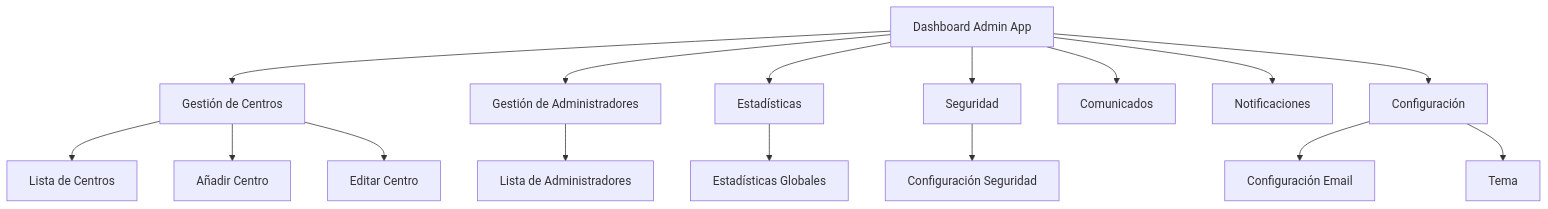
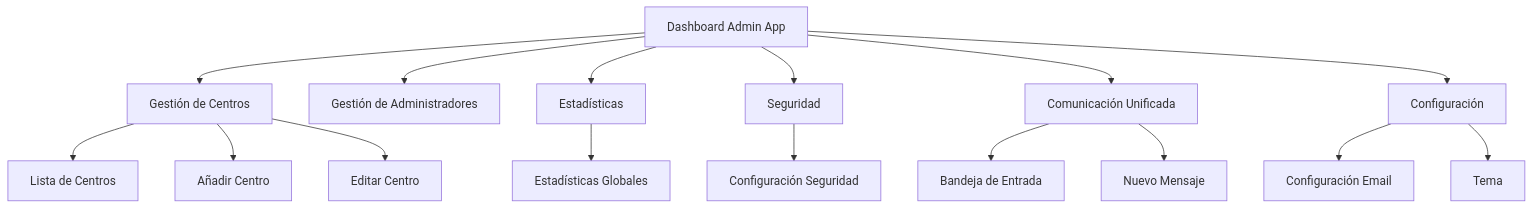
Before and after one commit to Nojabeach/UmeEgunero: the second of 6 diagrams in docs/Manual_Usuario.md, drawn with Mermaid. The commit also changed other lines of this file and 112 other files, not shown here.

````diff
--- a/docs/Manual_Usuario.md
+++ b/docs/Manual_Usuario.md
@@ -126,23 +126,23 @@
 ```mermaid
 flowchart TD
     AdminApp[Dashboard Admin App] --> GestCentros[Gestión de Centros]
     AdminApp --> GestAdmins[Gestión de Administradores]
     AdminApp --> Estadisticas[Estadísticas]
     AdminApp --> Seguridad[Seguridad]
-    AdminApp --> Comunicados[Comunicados]
-    AdminApp --> Notificaciones[Notificaciones]
+    AdminApp --> ComUnificada[Comunicación Unificada]
     AdminApp --> Config[Configuración]
     
     GestCentros --> ListCentros[Lista de Centros]
     GestCentros --> AddCentro[Añadir Centro]
     GestCentros --> EditCentro[Editar Centro]
     
-    GestAdmins --> ListAdmins[Lista de Administradores]
+    ComUnificada --> Bandeja[Bandeja de Entrada]
+    ComUnificada --> Nuevo[Nuevo Mensaje]
     
     Config --> EmailConfig[Configuración Email]
     Config --> Tema[Tema]
     
     Estadisticas --> EstGlobal[Estadísticas Globales]
     
     Seguridad --> ConfigSeg[Configuración Seguridad]
 ```
````
